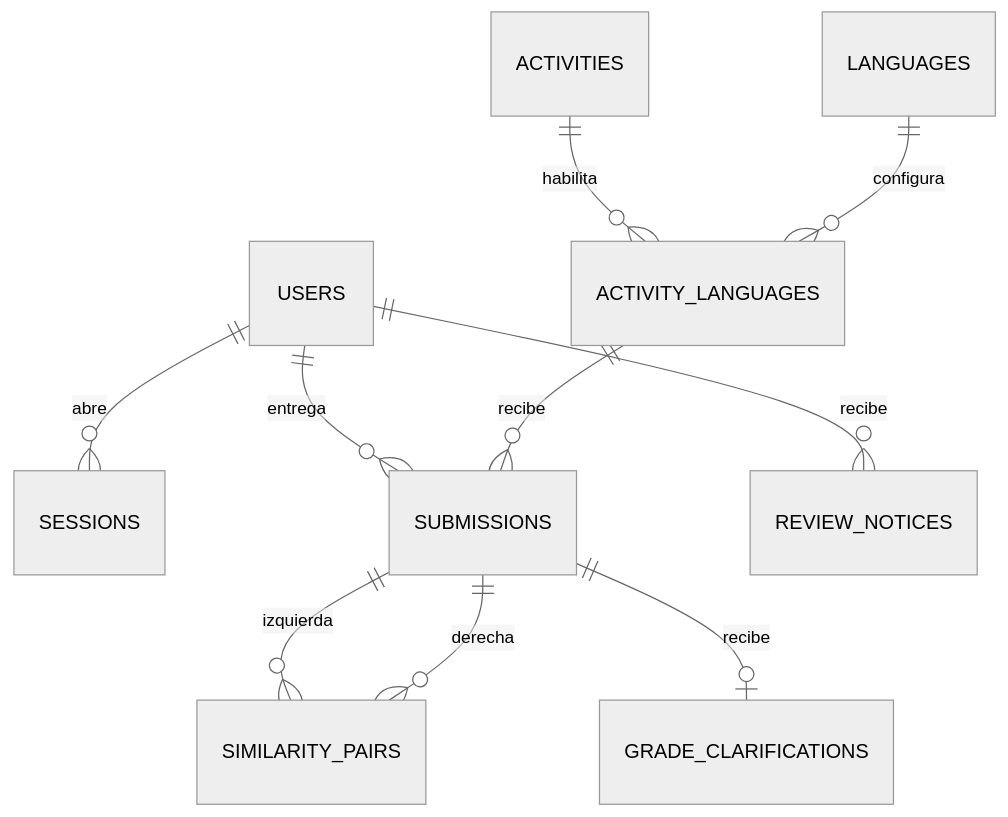
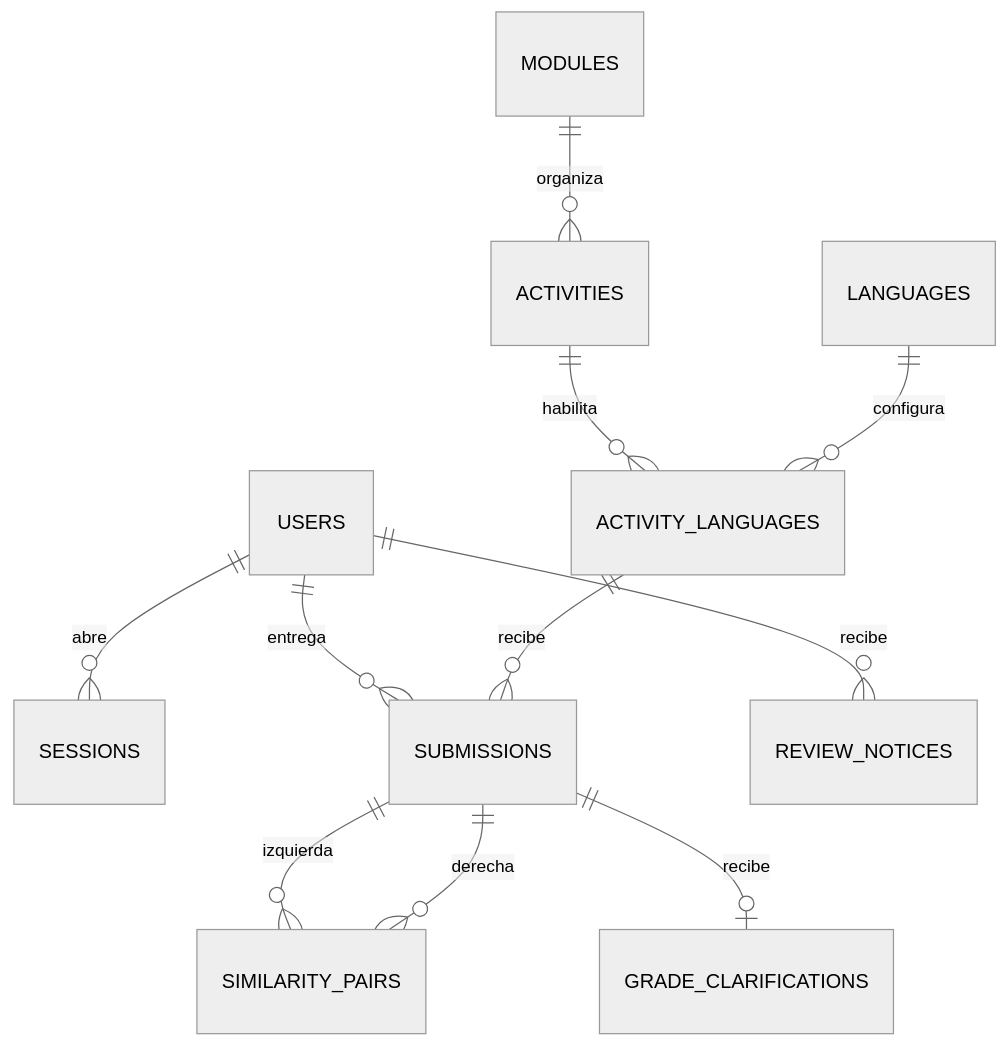
Before and after one commit to yeiisonbarreto/Paridad: the second of 2 diagrams in docs/arquitectura.md, drawn with Mermaid (neutral theme). The commit also changed other lines of this file and 43 other files, not shown here.

````diff
--- a/docs/arquitectura.md
+++ b/docs/arquitectura.md
@@ -41,12 +41,13 @@
 ```mermaid
 erDiagram
     USERS ||--o{ SESSIONS : abre
     USERS ||--o{ SUBMISSIONS : entrega
+    MODULES ||--o{ ACTIVITIES : organiza
     ACTIVITIES ||--o{ ACTIVITY_LANGUAGES : habilita
     LANGUAGES ||--o{ ACTIVITY_LANGUAGES : configura
     ACTIVITY_LANGUAGES ||--o{ SUBMISSIONS : recibe
     SUBMISSIONS ||--o{ SIMILARITY_PAIRS : izquierda
     SUBMISSIONS ||--o{ SIMILARITY_PAIRS : derecha
     SUBMISSIONS ||--o| GRADE_CLARIFICATIONS : recibe
     USERS ||--o{ REVIEW_NOTICES : recibe
 ```
````
